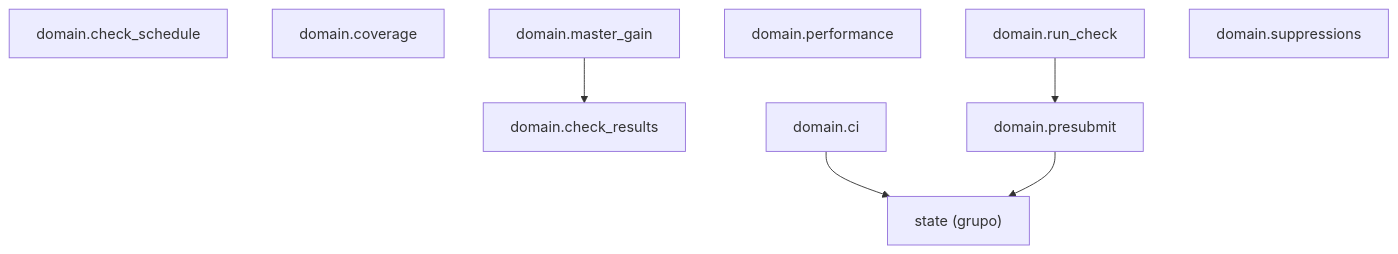
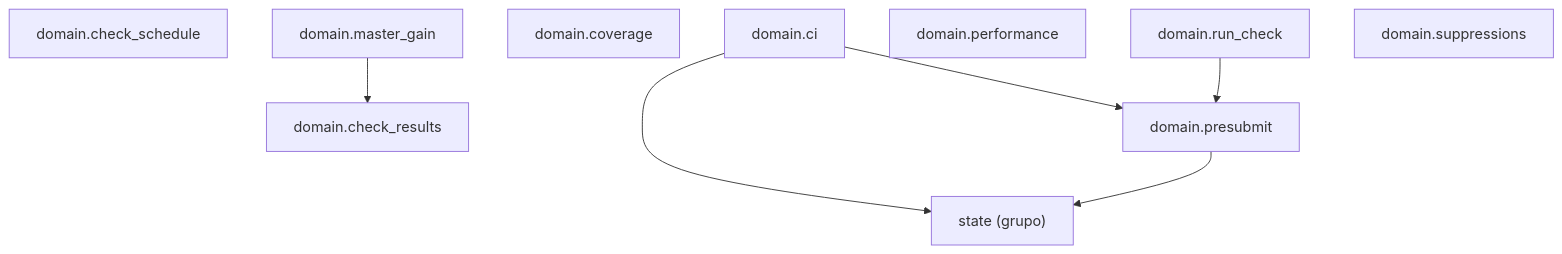
Before and after one commit to GonzaloZevallos/agentic-system: the diagram in docs/architecture/generated/packages-process-domain-checks.md, drawn with Mermaid. The commit also changed 5 other files, not shown here.

First line of the commit message:
Regenerate the architecture pages for the new flake domain types

````diff
--- a/docs/architecture/generated/packages-process-domain-checks.md
+++ b/docs/architecture/generated/packages-process-domain-checks.md
@@ -11,17 +11,18 @@
 ```mermaid
 graph TD
     g_domain__state["state (grupo)"]
     m_domain__check_results["domain.check_results"]
     m_domain__check_schedule["domain.check_schedule"]
     m_domain__ci["domain.ci"]
     m_domain__coverage["domain.coverage"]
     m_domain__master_gain["domain.master_gain"]
     m_domain__performance["domain.performance"]
     m_domain__presubmit["domain.presubmit"]
     m_domain__run_check["domain.run_check"]
     m_domain__suppressions["domain.suppressions"]
     m_domain__ci --> g_domain__state
+    m_domain__ci --> m_domain__presubmit
     m_domain__master_gain --> m_domain__check_results
     m_domain__presubmit --> g_domain__state
     m_domain__run_check --> m_domain__presubmit
 ```
````
